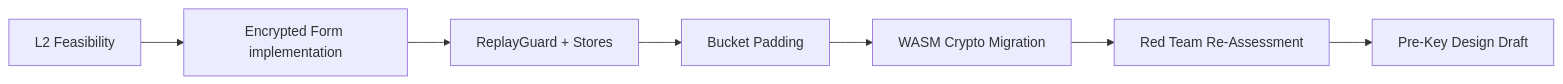
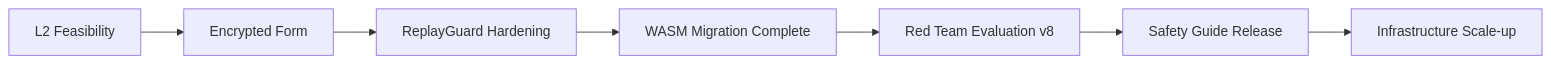
Before and after one commit to masanork/srn: the ninth of 10 diagrams in sites/srn/content/web-a-tech-presentation.md, drawn with Mermaid. The commit also changed other lines of this file and 10 other files, not shown here.

Commit message:
feat: update Web/A architecture from 3-layer to 4-layer model and add new paper on API vs Document Economy.

````diff
--- a/sites/srn/content/web-a-tech-presentation.md
+++ b/sites/srn/content/web-a-tech-presentation.md
@@ -700,9 +764,9 @@
 ```mermaid
 flowchart LR
-  A[L2 Feasibility] --> B[Encrypted Form implementation]
-  B --> C[ReplayGuard + Stores]
-  C --> D[Bucket Padding]
-  D --> E[WASM Crypto Migration]
-  E --> F[Red Team Re-Assessment]
-  F --> G[Pre-Key Design Draft]
+  A[L2 Feasibility] --> B[Encrypted Form]
+  B --> C[ReplayGuard Hardening]
+  C --> D[WASM Migration Complete]
+  D --> E[Red Team Evaluation v8]
+  E --> F[Safety Guide Release]
+  F --> G[Infrastructure Scale-up]
 ```
````
